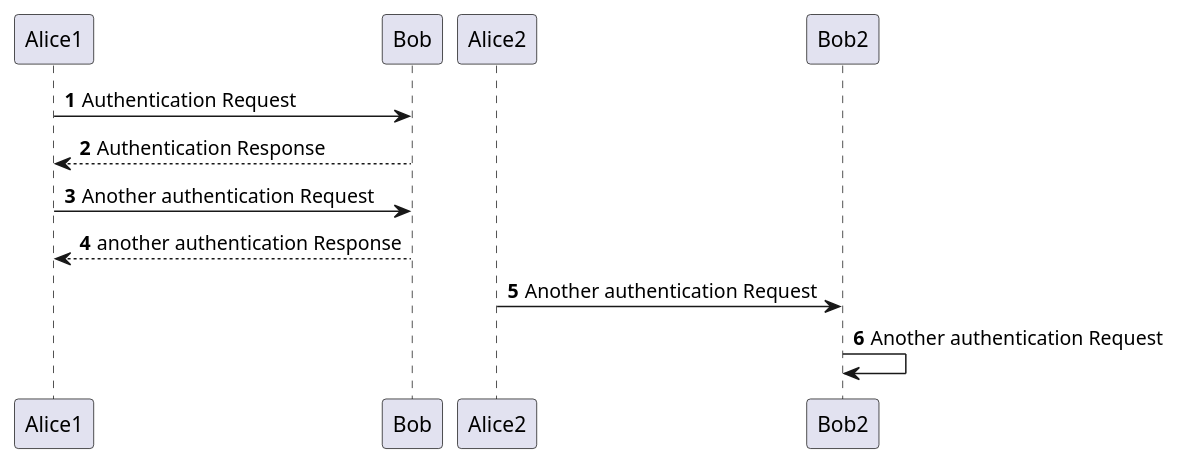
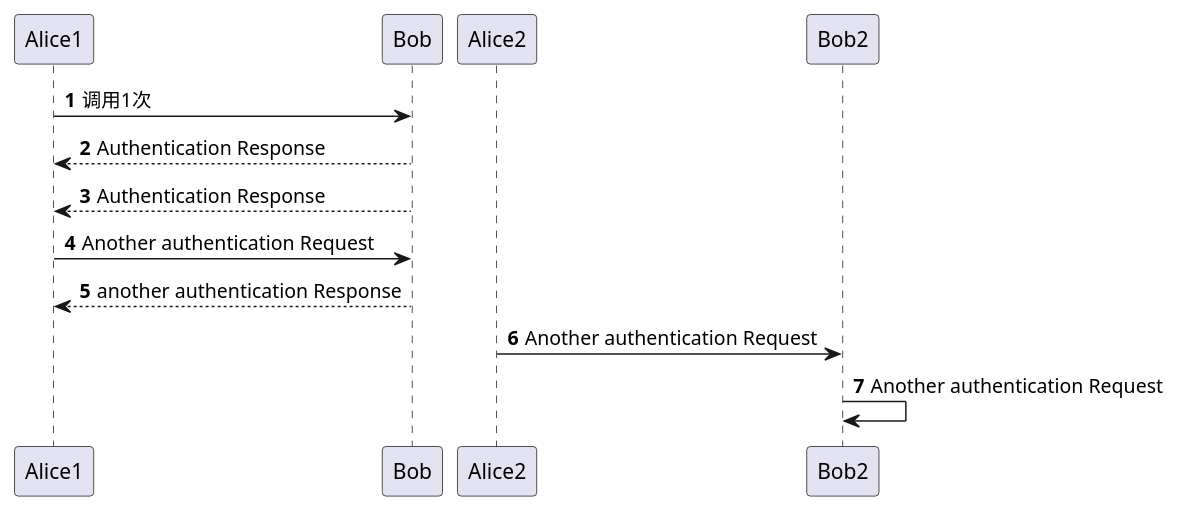
One commit to fanzhichao/pyslot changed the diagram in pyslots/testuml.puml. Above: the diagram before and after it, drawn with PlantUML. The commit also changed 5 other files, not shown here.

```diff
--- a/pyslots/testuml.puml
+++ b/pyslots/testuml.puml
@@ -1,13 +1,14 @@
 @startuml
 'https://plantuml.com/sequence-diagram
 
 autonumber
 
-Alice1 -> Bob: Authentication Request
+Alice1 -> Bob: 调用1次
+Bob --> Alice1: Authentication Response
 Bob --> Alice1: Authentication Response
 
 Alice1 -> Bob: Another authentication Request
 Alice1 <-- Bob: another authentication Response
 Alice2 -> Bob2: Another authentication Request
 Bob2 -> Bob2: Another authentication Request
 @enduml
```
